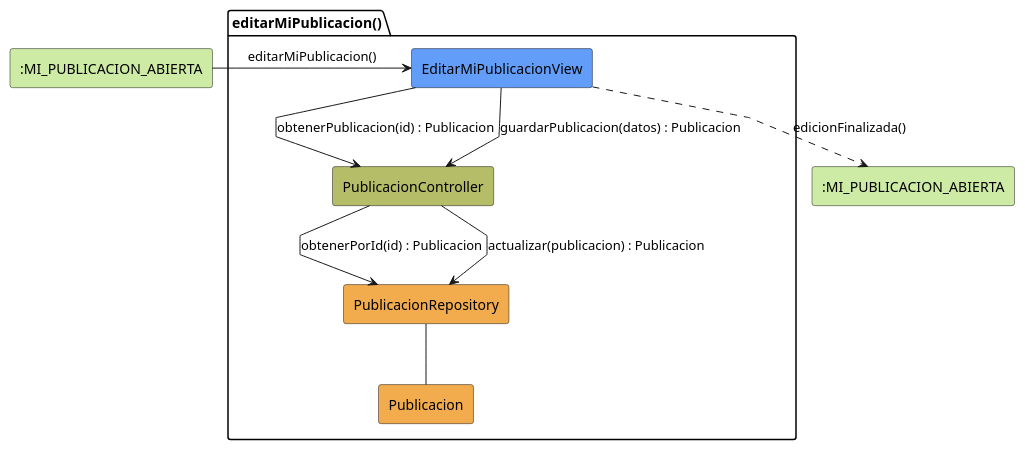
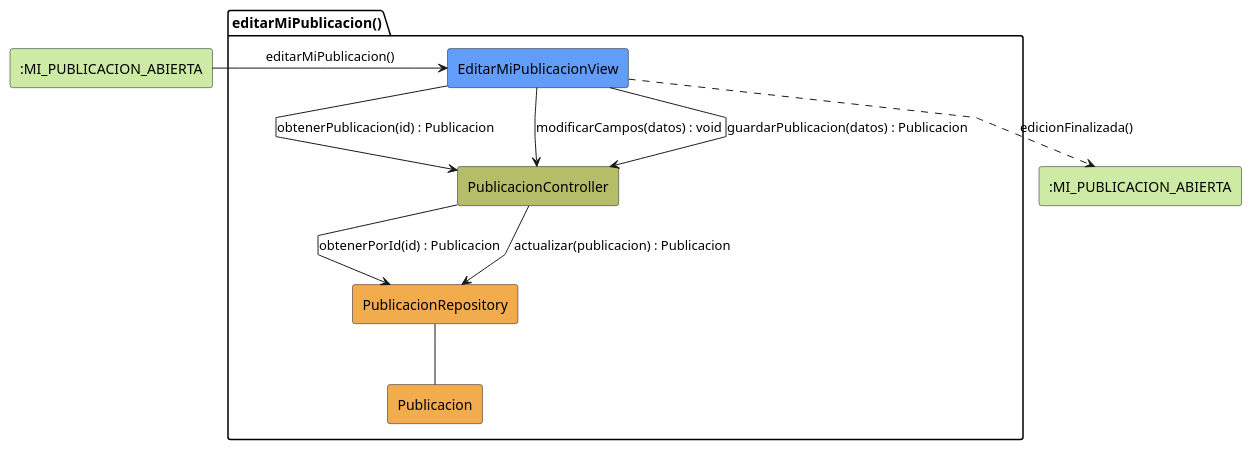
The diagram in modelosUML/analisis/coordinador/editarMiPublicacion.puml (31Diego/25-26-idsw2-sdVC), drawn with PlantUML before and after one commit. The commit also changed 193 other files, not shown here.

```diff
--- a/modelosUML/analisis/coordinador/editarMiPublicacion.puml
+++ b/modelosUML/analisis/coordinador/editarMiPublicacion.puml
@@ -1,29 +1,31 @@
 @startuml editarMiPublicacion-analisis
 skinparam linetype polyline
 
 rectangle #CDEBA5 ":MI_PUBLICACION_ABIERTA" as MiPublicacionAbierta
 
 package editarMiPublicacion as "editarMiPublicacion()" {
     rectangle #629EF9 EditarMiPublicacionView
     rectangle #b5bd68 PublicacionController
     rectangle #F2AC4E PublicacionRepository
     rectangle #F2AC4E Publicacion
 }
 
 rectangle #CDEBA5 ":MI_PUBLICACION_ABIERTA" as MiPublicacionSalida
 
 MiPublicacionAbierta -r-> EditarMiPublicacionView: editarMiPublicacion()
 
 EditarMiPublicacionView -d-> PublicacionController: obtenerPublicacion(id) : Publicacion
 
 PublicacionController --> PublicacionRepository: obtenerPorId(id) : Publicacion
 
 PublicacionRepository -- Publicacion
 
+EditarMiPublicacionView --> PublicacionController: modificarCampos(datos) : void
+
 EditarMiPublicacionView --> PublicacionController: guardarPublicacion(datos) : Publicacion
 
 PublicacionController --> PublicacionRepository: actualizar(publicacion) : Publicacion
 
 EditarMiPublicacionView ..> MiPublicacionSalida: edicionFinalizada()
 
 @enduml
```
